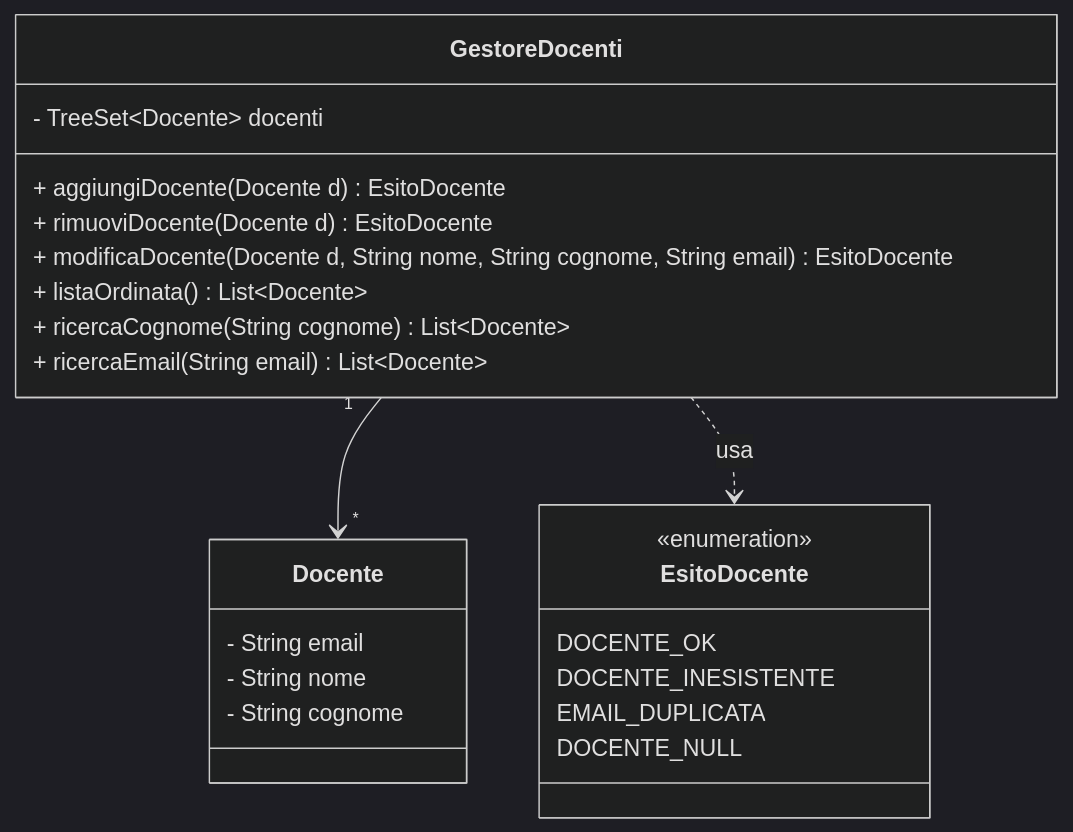
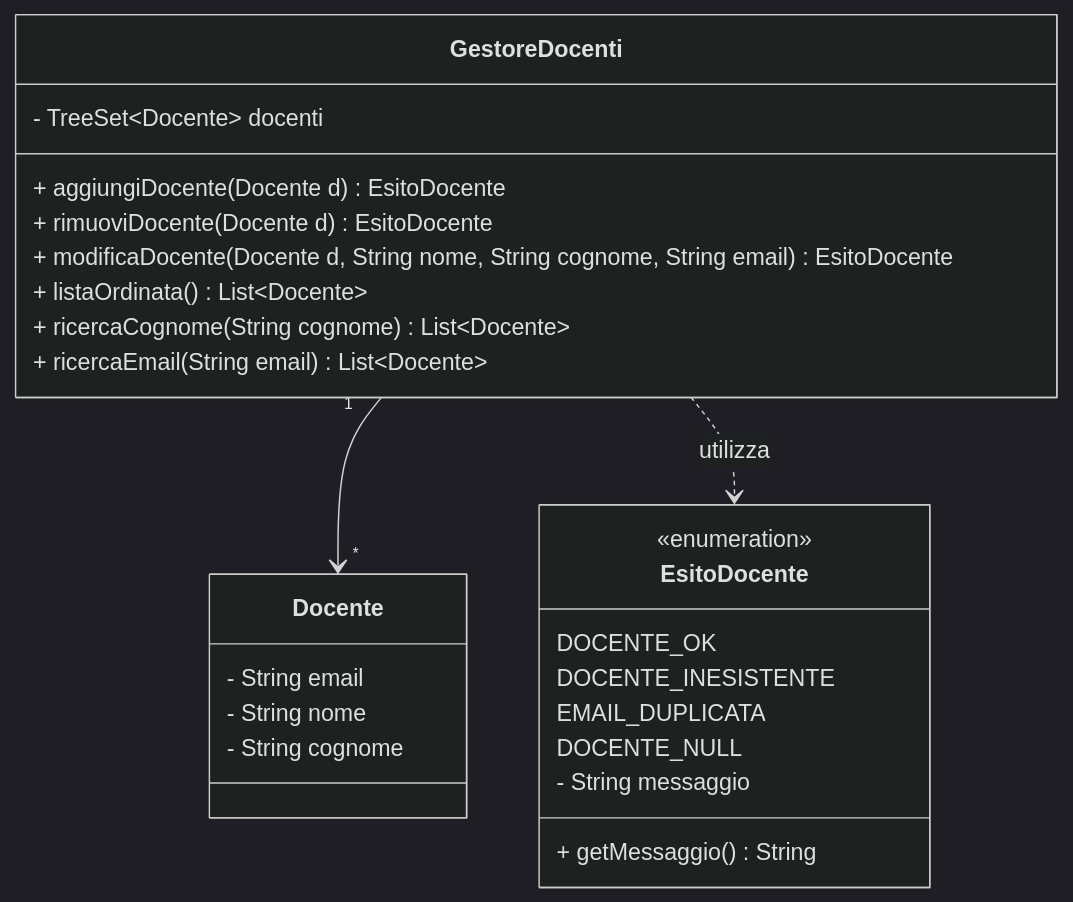
Before and after one commit to gcarbone48/PrenotazioneAule5: the diagram in diagrams/gestoreDocentiClass.md, drawn with Mermaid (dark theme).

Commit message:
FEAT: aggiunta del parametro String messaggio nella enum e del metodo getMessaggio FIX: typo nella dipendenza tra GestoreDocenti e EsitoDocente

````diff
--- a/diagrams/gestoreDocentiClass.md
+++ b/diagrams/gestoreDocentiClass.md
@@ -1,42 +1,44 @@
 ```mermaid
 classDiagram
     class Docente{
         - String email
         %% univoca      
         - String nome
         - String cognome
     }
 
     class EsitoDocente{
         <<enumeration>>
         %%esito corretto
         DOCENTE_OK
         %%restituita se il docente passato non esiste
         DOCENTE_INESISTENTE
         %%restituita se la mail è già associata ad un altro docente
         EMAIL_DUPLICATA
         %%restituita se il docente passato è null
         DOCENTE_NULL
+        - String messaggio
+        + getMessaggio() String
     }
 
     class GestoreDocenti{
         - TreeSet~Docente~ docenti
         %%restituisce un booleano con l'esito dell'operazione
         + aggiungiDocente(Docente d) EsitoDocente
         %%restituisce l'oggetto rimosso
         + rimuoviDocente (Docente d) EsitoDocente
         %%modifica docente
         + modificaDocente (Docente d, String nome, String cognome, String email) EsitoDocente
         %%restituisce una lista ordinata contenente i docenti
         + listaOrdinata () List~Docente~
         %%restituisce una lista ordinata di docenti il cui cognome 
         %%contiene la stringa passata
         + ricercaCognome (String cognome) List~Docente~
         %%restituisce una lista ordinata di docenti la cui mail 
         %%contiene la stringa passata
         + ricercaEmail (String email) List~Docente~
     }
 
     GestoreDocenti "1" --> "*" Docente
-    GestoreDocenti ..> EsitoDocente : usa
+    GestoreDocenti ..> EsitoDocente : utilizza
 ```
````
